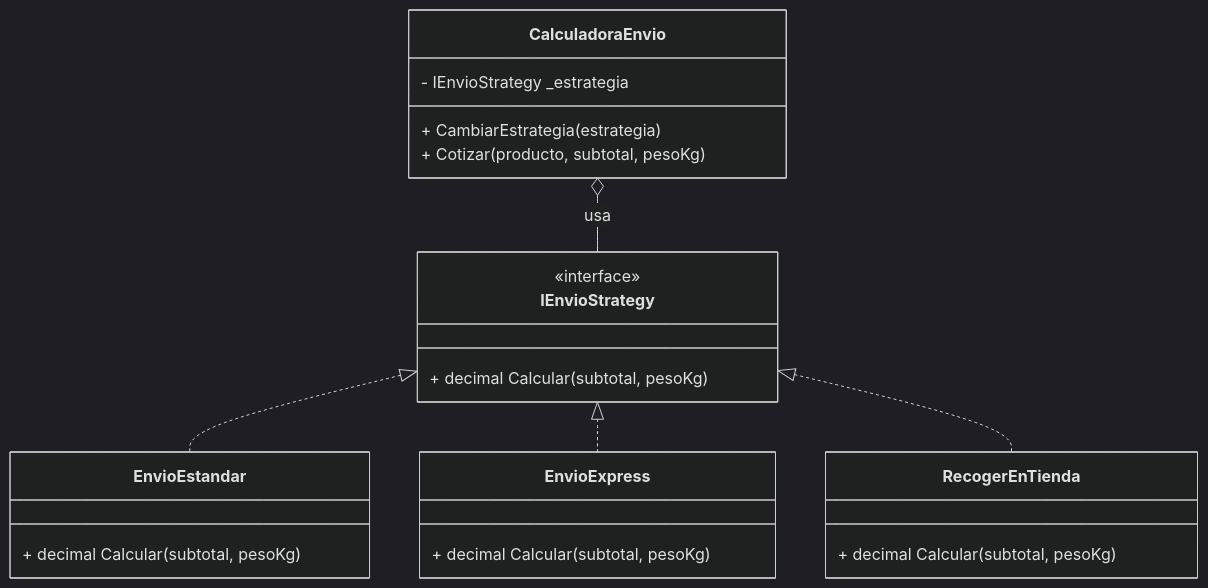
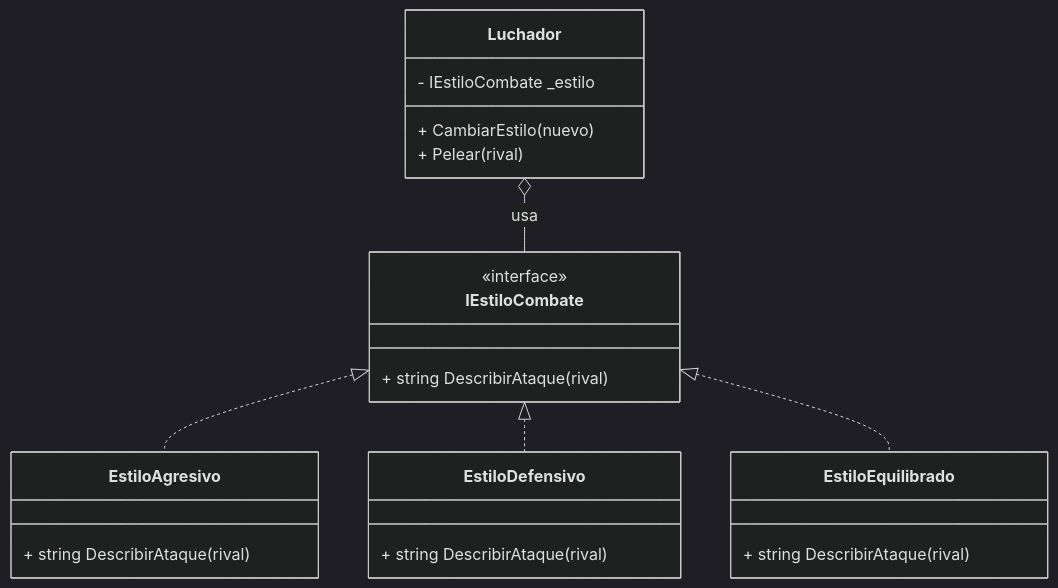
The fourth of 4 diagrams in README.md (Chienwei82/DesignPatterns), drawn with Mermaid (dark theme) before and after one commit. The commit also changed other lines of this file and 22 other files, not shown here.

````diff
--- a/README.md
+++ b/README.md
@@ -180,25 +185,25 @@
 ```mermaid
 classDiagram
-    class IEnvioStrategy {
+    class IEstiloCombate {
         <<interface>>
-        + decimal Calcular(subtotal, pesoKg)
+        + string DescribirAtaque(rival)
     }
-    class EnvioEstandar {
-        + decimal Calcular(subtotal, pesoKg)
+    class EstiloAgresivo {
+        + string DescribirAtaque(rival)
     }
-    class EnvioExpress {
-        + decimal Calcular(subtotal, pesoKg)
+    class EstiloDefensivo {
+        + string DescribirAtaque(rival)
     }
-    class RecogerEnTienda {
-        + decimal Calcular(subtotal, pesoKg)
+    class EstiloEquilibrado {
+        + string DescribirAtaque(rival)
     }
-    class CalculadoraEnvio {
-        - IEnvioStrategy _estrategia
-        + CambiarEstrategia(estrategia)
-        + Cotizar(producto, subtotal, pesoKg)
+    class Luchador {
+        - IEstiloCombate _estilo
+        + CambiarEstilo(nuevo)
+        + Pelear(rival)
     }
-    IEnvioStrategy <|.. EnvioEstandar
-    IEnvioStrategy <|.. EnvioExpress
-    IEnvioStrategy <|.. RecogerEnTienda
-    CalculadoraEnvio o-- IEnvioStrategy : usa
+    IEstiloCombate <|.. EstiloAgresivo
+    IEstiloCombate <|.. EstiloDefensivo
+    IEstiloCombate <|.. EstiloEquilibrado
+    Luchador o-- IEstiloCombate : usa
 ```
````
